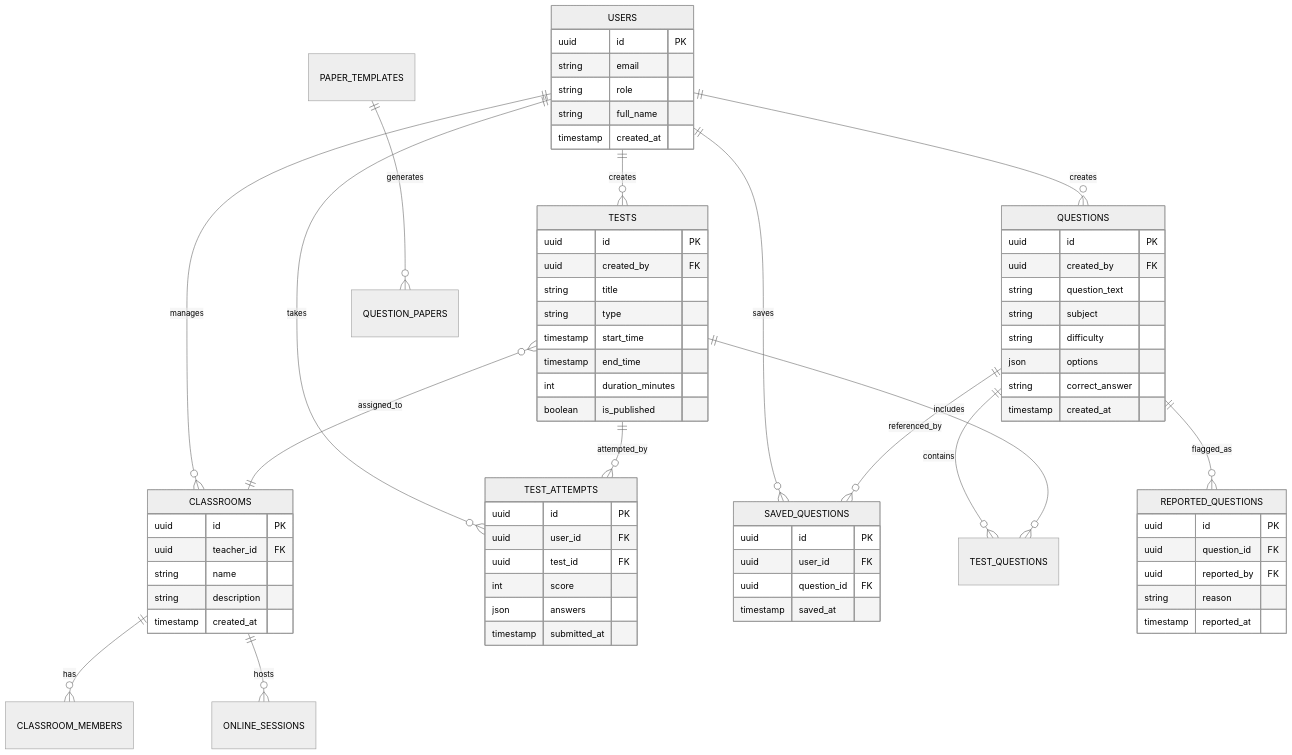
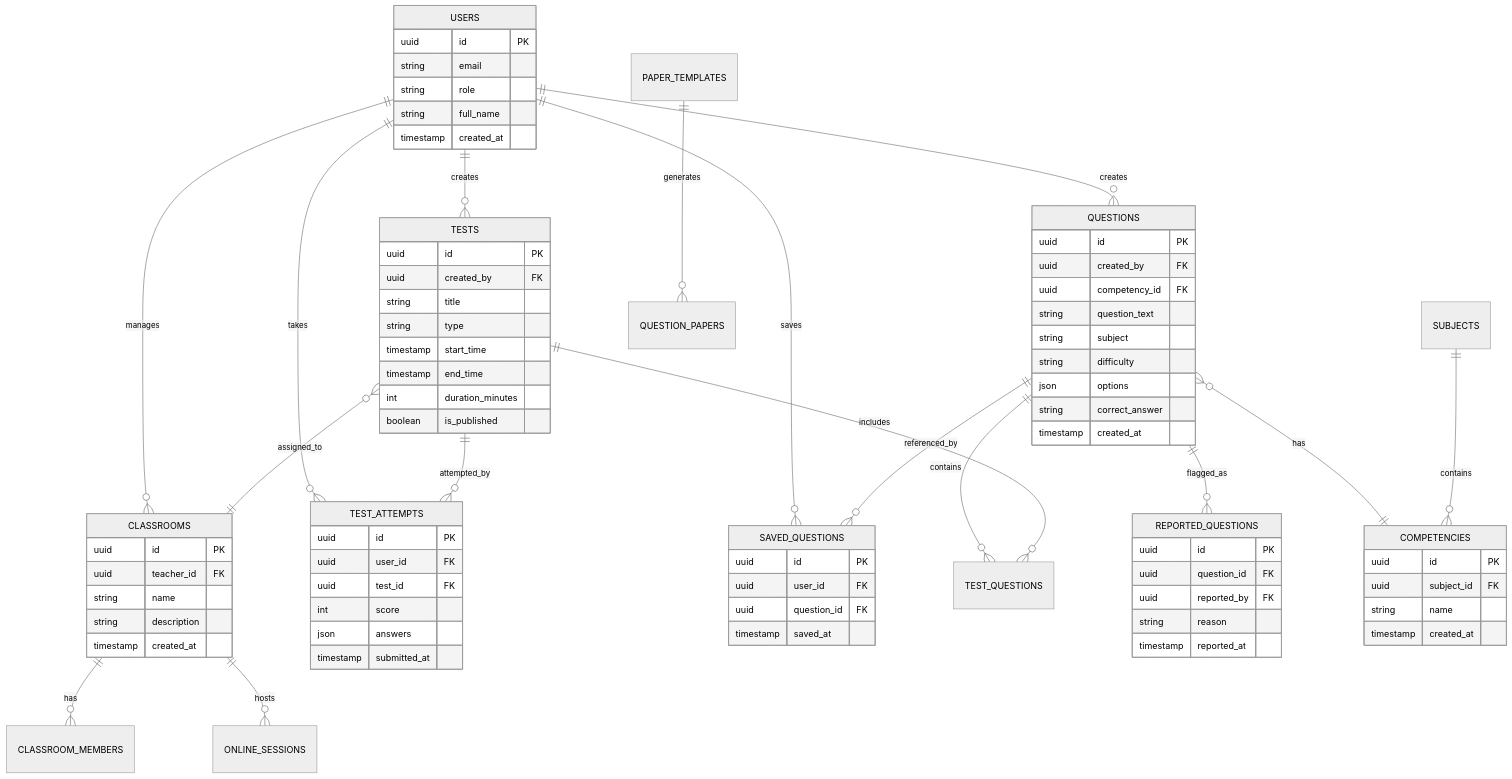
The fourth of 15 diagrams in FLOWCHARTS_AND_DIAGRAMS.md (iamazadak/QBMS_V2.0), drawn with Mermaid (neutral theme) before and after one commit. The commit also changed 2 other files, not shown here.

Commit message:
docs: update project documentation, structure, and diagrams
- Updated PROJECT_DOCUMENTATION.md with Competency Framework details and UI/UX standards
- Updated PROJECT_STRUCTURE.md with new shared components and entities
- Updated FLOWCHARTS_AND_DIAGRAMS.md with updated ER diagrams and competency relationships

```diff
--- a/FLOWCHARTS_AND_DIAGRAMS.md
+++ b/FLOWCHARTS_AND_DIAGRAMS.md
@@ -132,6 +132,8 @@
     QUESTIONS ||--o{ TEST_QUESTIONS : contains
     QUESTIONS ||--o{ SAVED_QUESTIONS : referenced_by
     QUESTIONS ||--o{ REPORTED_QUESTIONS : flagged_as
+    QUESTIONS }o--|| COMPETENCIES : has
+    SUBJECTS ||--o{ COMPETENCIES : contains
     
     TESTS ||--o{ TEST_QUESTIONS : includes
     TESTS ||--o{ TEST_ATTEMPTS : attempted_by
@@ -153,6 +155,7 @@
     QUESTIONS {
         uuid id PK
         uuid created_by FK
+        uuid competency_id FK
         string question_text
         string subject
         string difficulty
@@ -160,6 +163,14 @@
         string correct_answer
         timestamp created_at
     }
+
+    COMPETENCIES {
+        uuid id PK
+        uuid subject_id FK
+        string name
+        timestamp created_at
+    }
+
     
     TESTS {
         uuid id PK
```
